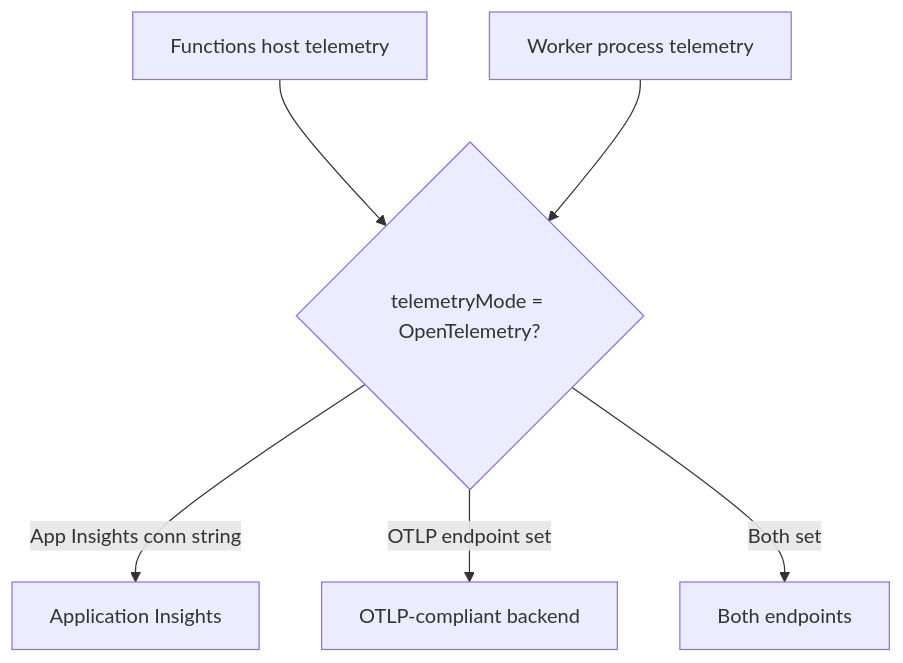
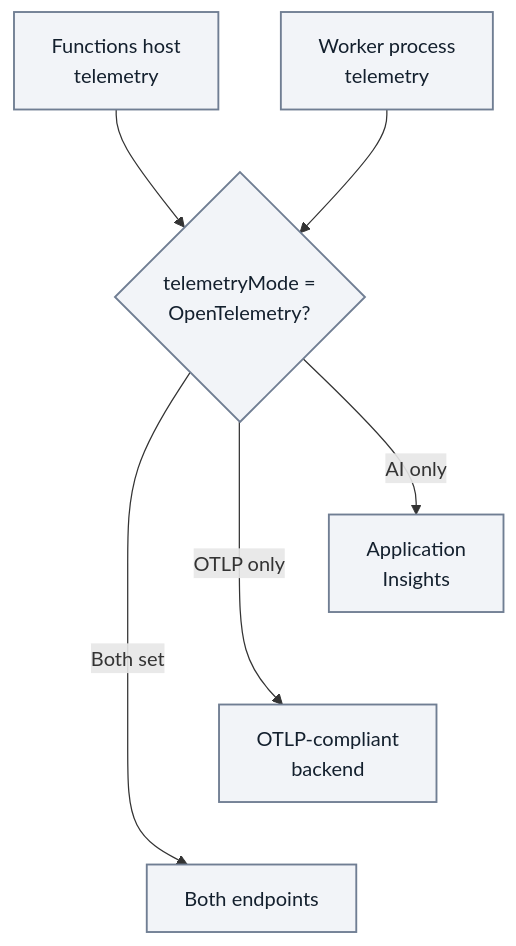
One commit to yeongseon/azure-functions-practical-guide changed the diagram in docs/operations/opentelemetry.md. Above: the diagram before and after it, drawn with Mermaid. The commit also changed other lines of this file and 1 other file, not shown here.

Commit message:
docs(diagrams): clarify OpenTelemetry export destination choices (#523)
* docs(diagrams): clarify OpenTelemetry export destination choices

Retain both telemetry sources and every destination while qualifying host and
worker configuration and the preview status. Wrap and tier the existing flow.

Refs #348

* docs(diagrams): refresh the owned OpenTelemetry manifest record

Refresh only the migrated export-flow key using the inventory scanner and
retain unrelated records and totals.

Refs #348

* docs(diagrams): route worker instrumentation details to language guides

Apply the independent review's language-agnostic OpenTelemetry scope correction
without changing diagram semantics or validation metadata.

Refs #348

````diff
--- a/docs/operations/opentelemetry.md
+++ b/docs/operations/opentelemetry.md
@@ -57,8 +58,15 @@
 ```mermaid
 flowchart TD
-    HOST[Functions host telemetry] --> MODE{telemetryMode = OpenTelemetry?}
-    WORKER[Worker process telemetry] --> MODE
-    MODE -->|App Insights conn string| AI[Application Insights]
-    MODE -->|OTLP endpoint set| OTLP[OTLP-compliant backend]
-    MODE -->|Both set| BOTH[Both endpoints]
+    accTitle: OpenTelemetry export destination choices
+    accDescr: Logical configuration view of host telemetry and separately instrumented worker telemetry. With telemetryMode set to OpenTelemetry, the host sends to Application Insights with its connection string, an OTLP backend with its endpoint, or both when both are set. Worker destinations depend on language-specific setup; see the reading key. This is not a shared exporter pipeline or a complete Yes/No decision tree.
+    HOST["Functions host<br/>telemetry"] --> MODE{"telemetryMode =<br/>OpenTelemetry?"}
+    WORKER["Worker process<br/>telemetry"] --> MODE
+    MODE -->|AI only| AI["Application<br/>Insights"]
+    MODE -->|OTLP only| OTLP["OTLP-compliant<br/>backend"]
+    MODE -->|Both set| BOTH["Both endpoints"]
+    %% Layout-only links tier destinations; they add no export paths or decisions.
+    AI ~~~ OTLP
+    OTLP ~~~ BOTH
+    classDef baseNeutral fill:#f2f4f8,stroke:#707e93,stroke-width:1.5px,color:#14202e;
+    class HOST,WORKER,MODE,AI,OTLP,BOTH baseNeutral;
 ```
````
